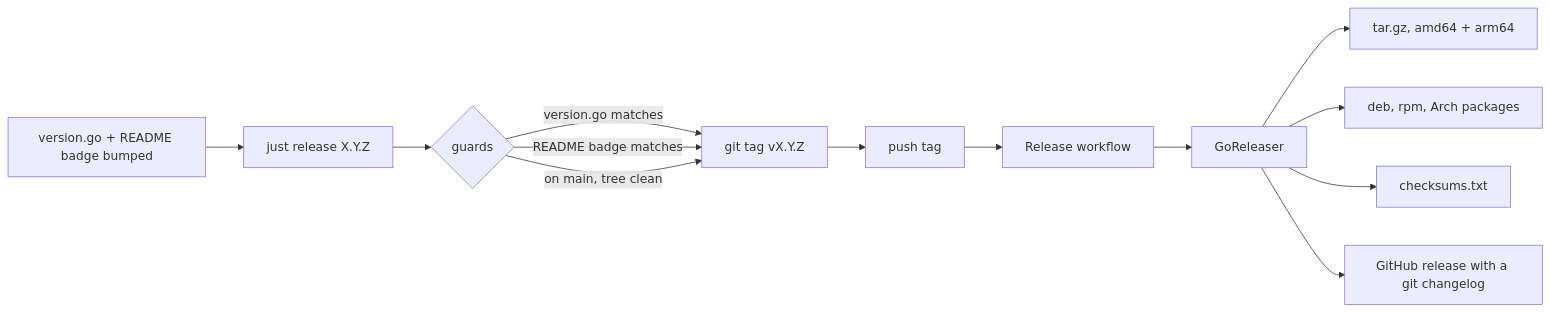
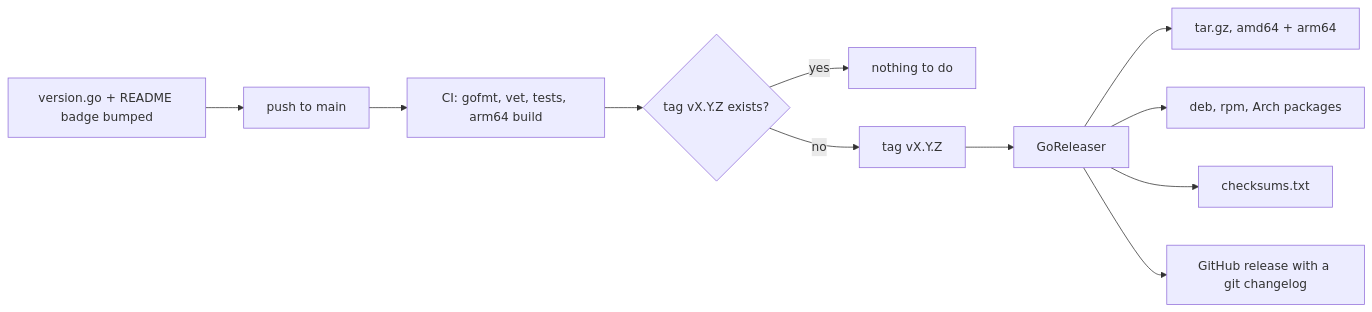
The first of 2 diagrams in docs/deployment.md (xuedi/dragon-dash), drawn with Mermaid before and after one commit. The commit also changed other lines of this file and 36 other files, not shown here.

````diff
--- a/docs/deployment.md
+++ b/docs/deployment.md
@@ -29,15 +29,13 @@
 ```mermaid
 flowchart LR
-    A[version.go + README badge bumped] --> B[just release X.Y.Z]
-    B --> C{guards}
-    C -->|version.go matches| D[git tag vX.Y.Z]
-    C -->|README badge matches| D
-    C -->|on main, tree clean| D
-    D --> E[push tag]
-    E --> F[Release workflow]
+    A[version.go + README badge bumped] --> B[push to main]
+    B --> C[CI: gofmt, vet, tests, arm64 build]
+    C --> D{tag vX.Y.Z exists?}
+    D -->|yes| E[nothing to do]
+    D -->|no| F[tag vX.Y.Z]
     F --> G[GoReleaser]
     G --> H[tar.gz, amd64 + arm64]
     G --> I[deb, rpm, Arch packages]
     G --> J[checksums.txt]
     G --> K[GitHub release with a git changelog]
 ```
````
